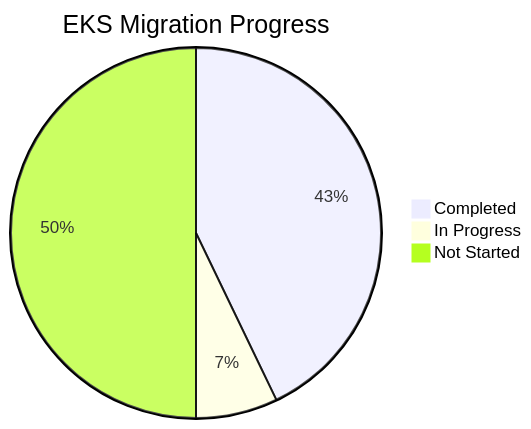
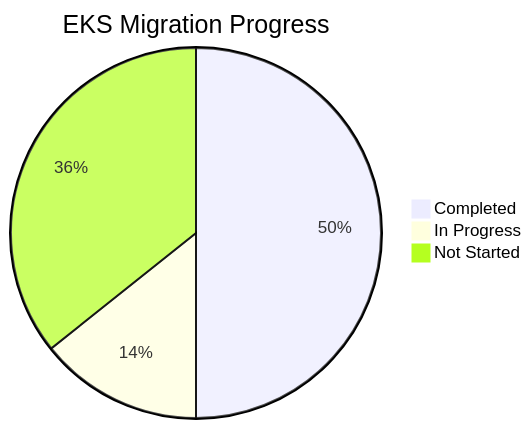
The first of 3 diagrams in memory-bank/tasks.md (yoonsoo-park/k8s-n8n-nabi), drawn with Mermaid before and after one commit. The commit also changed other lines of this file, not shown here.

First line of the commit message:
docs: Update task progress after Namespace Strategy definition

````diff
--- a/memory-bank/tasks.md
+++ b/memory-bank/tasks.md
@@ -368,6 +369,6 @@
 ```mermaid
 pie title EKS Migration Progress
-    "Completed" : 6
-    "In Progress" : 1
-    "Not Started" : 7
+    "Completed" : 7
+    "In Progress" : 2
+    "Not Started" : 5
 ```
````
